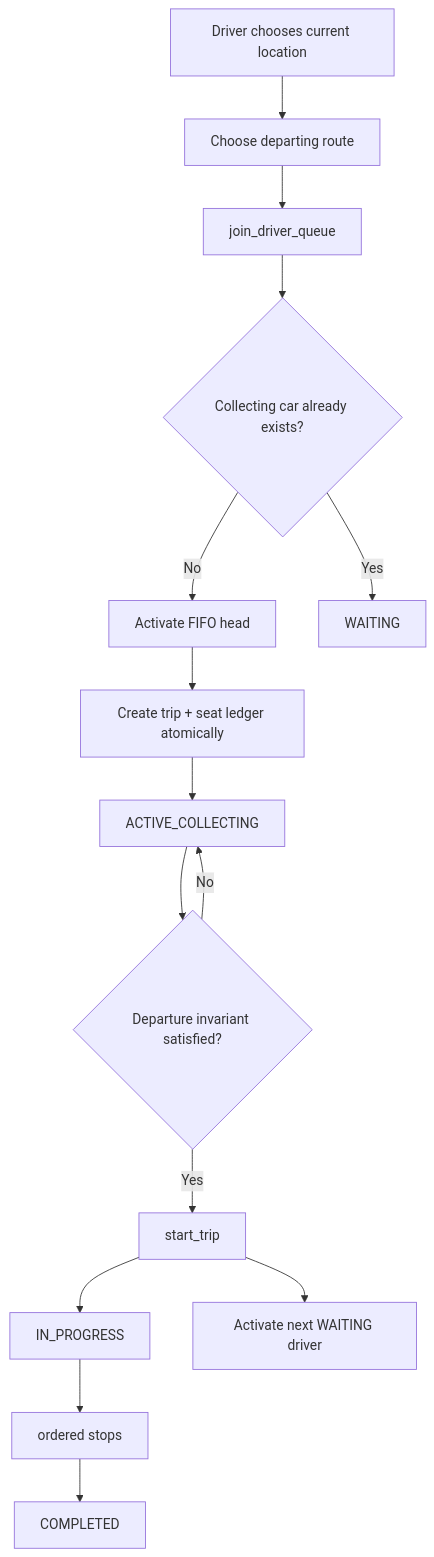
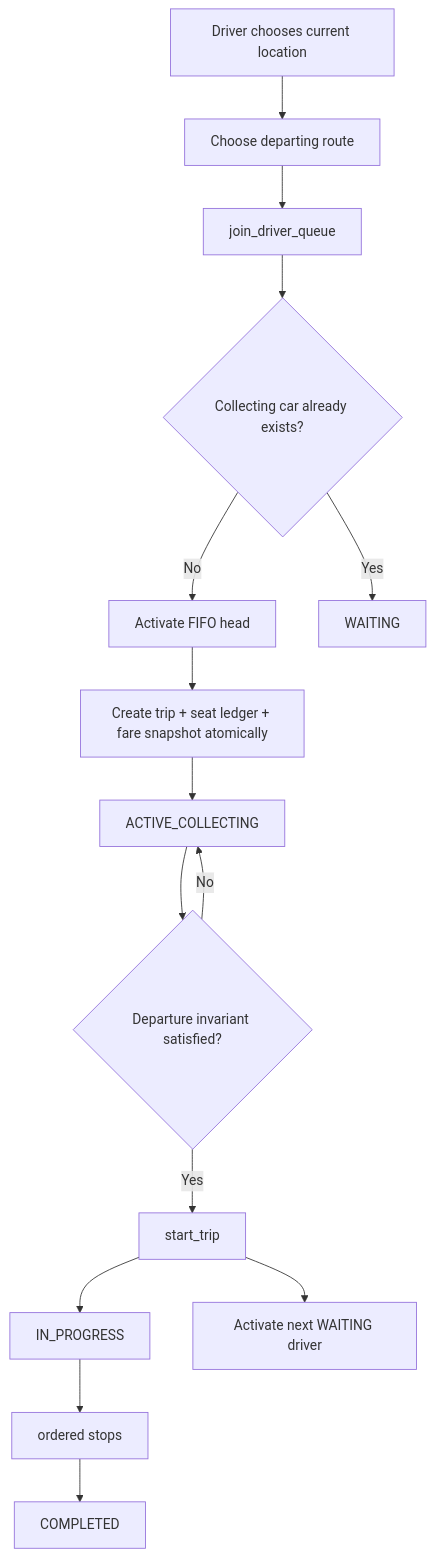
Before and after one commit to rajeevbackup42112-coder/raahimini: the second of 5 diagrams in docs/RAAHI_MASTER_ARCHITECTURE.md, drawn with Mermaid. The commit also changed other lines of this file, not shown here.

Commit message:
Define route fare snapshot architecture

````diff
--- a/docs/RAAHI_MASTER_ARCHITECTURE.md
+++ b/docs/RAAHI_MASTER_ARCHITECTURE.md
@@ -115,17 +120,17 @@
 ```mermaid
 flowchart TD
     A[Driver chooses current location] --> B[Choose departing route]
     B --> C[join_driver_queue]
     C --> D{Collecting car already exists?}
     D -- No --> E[Activate FIFO head]
     D -- Yes --> F[WAITING]
-    E --> G[Create trip + seat ledger atomically]
+    E --> G[Create trip + seat ledger + fare snapshot atomically]
     G --> H[ACTIVE_COLLECTING]
     H --> I{Departure invariant satisfied?}
     I -- No --> H
     I -- Yes --> J[start_trip]
     J --> K[IN_PROGRESS]
     J --> L[Activate next WAITING driver]
     K --> M[ordered stops]
     M --> N[COMPLETED]
 ```
````
